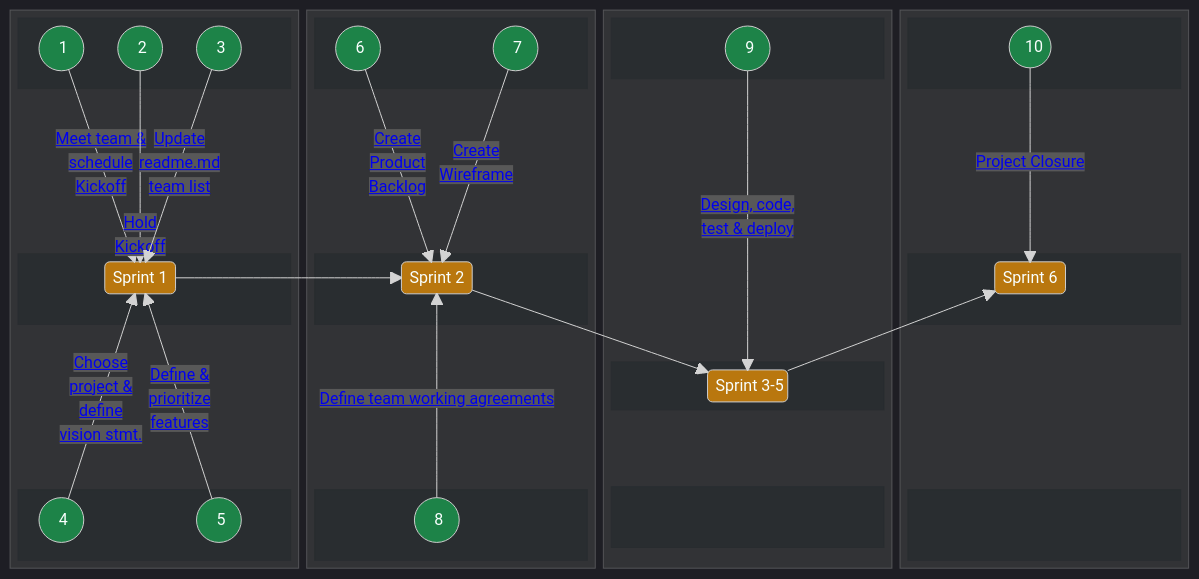
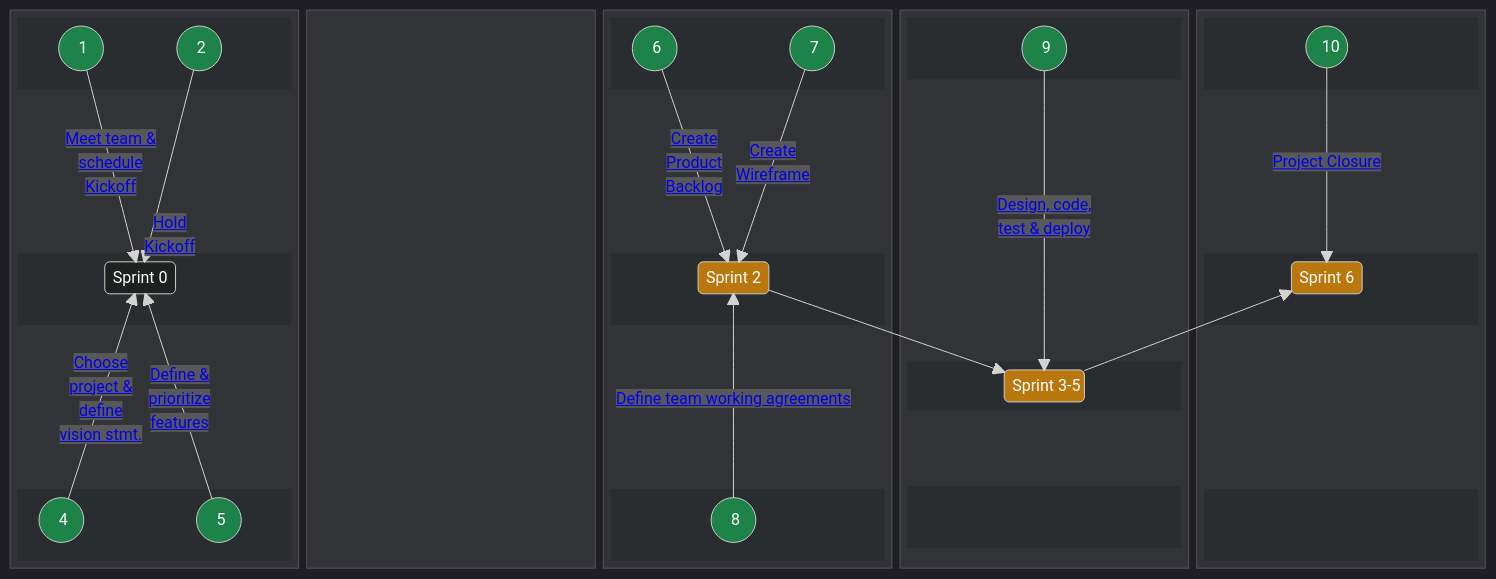
One commit to chingu-voyages/Handbook changed the first of 2 diagrams in docs/guides/voyage/voyage.md. Above: the diagram before and after it, drawn with Mermaid. The commit also changed other lines of this file, not shown here.

Commit message:
Feature: Update Voyage schedule and begin modifications to Sprint diagram

```diff
--- a/docs/guides/voyage/voyage.md
+++ b/docs/guides/voyage/voyage.md
@@ -65,13 +65,41 @@
   theme: dark
 ---
   block-beta
-    columns 4
-    block:B1:1
+    columns 5
+
+    block:B0:1
       columns 1
       block:B1TOP
         columns 3
         A1(("&nbsp;&nbsp;&nbsp; 1 &nbsp;&nbsp;"))
         A2(("&nbsp;&nbsp;&nbsp; 2 &nbsp;&nbsp;"))
+      end
+      space
+      space
+      block:B1CENTER
+        columns 3
+        space
+        SPRINT0("&nbsp;Sprint 0&nbsp;")
+        space
+      end
+      space
+      space
+      block:B1BOTTOM
+        columns 3
+        A4(("&nbsp;&nbsp;&nbsp; 4 &nbsp;&nbsp;"))
+        space
+        A5(("&nbsp;&nbsp;&nbsp; 5 &nbsp;&nbsp;"))
+      end
+      A1 -- "<a href="https://github.com/chingu-voyages/Handbook/blob/main/docs/guides/voyage/voyage.md#1-meet-your-team--schedule-kickoff-meeting-">Meet team &</br>schedule</br>Kickoff</a>" --> SPRINT0
+      A2 -- "</br></br></br></br></br></br><a href="https://github.com/chingu-voyages/Handbook/blob/main/docs/guides/voyage/voyage.md#2-conduct-kickoff-meeting-">Hold</br>Kickoff</a>" --> SPRINT0
+      A4 -- "<a href="https://github.com/chingu-voyages/Handbook/blob/main/docs/guides/voyage/voyage.md#4-choose-a-project--create-a-vision-statement-">Choose</br>project &</br>define</br>vision stmt.</a>" --> SPRINT0
+      A5 -- "<a href="https://github.com/chingu-voyages/Handbook/blob/main/docs/guides/voyage/voyage.md#5-define--prioritize-mvp-features-">Define &</br>prioritize</br>features</a>" --> SPRINT0
+    end
+
+    block:B1:1
+      columns 1
+      block:B1TOP
+        columns 3
         A3(("&nbsp;&nbsp;&nbsp; 3 &nbsp;&nbsp;"))
       end
       space
@@ -90,11 +118,7 @@
         space
         A5(("&nbsp;&nbsp;&nbsp; 5 &nbsp;&nbsp;"))
       end
-      A1 -- "<a href="https://github.com/chingu-voyages/Handbook/blob/main/docs/guides/voyage/voyage.md#1-meet-your-team--schedule-kickoff-meeting-">Meet team &</br>schedule</br>Kickoff</a>" --> SPRINT1
-      A2 -- "</br></br></br></br></br></br><a href="https://github.com/chingu-voyages/Handbook/blob/main/docs/guides/voyage/voyage.md#2-conduct-kickoff-meeting-">Hold</br>Kickoff</a>" --> SPRINT1
       A3 -- "<a href="https://github.com/chingu-voyages/Handbook/blob/main/docs/guides/voyage/voyage.md#3-add-your-info-to-the-team-list-in-your-readmemd-%EF%B8%8F">Update</br>readme.md</br>team list<a/>" --> SPRINT1
-      A4 -- "<a href="https://github.com/chingu-voyages/Handbook/blob/main/docs/guides/voyage/voyage.md#4-choose-a-project--create-a-vision-statement-">Choose</br>project &</br>define</br>vision stmt.</a>" --> SPRINT1
-      A5 -- "<a href="https://github.com/chingu-voyages/Handbook/blob/main/docs/guides/voyage/voyage.md#5-define--prioritize-mvp-features-">Define &</br>prioritize</br>features</a>" --> SPRINT1
     end
 
     block:B2:1
```
